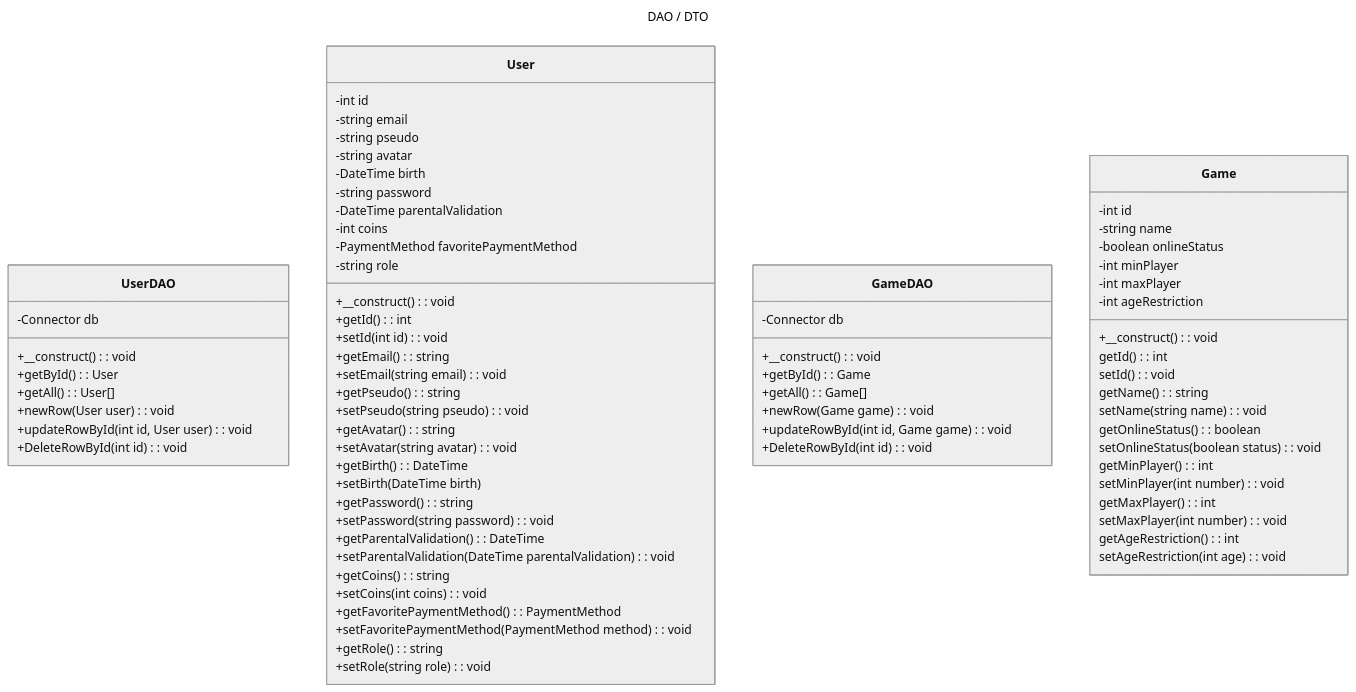
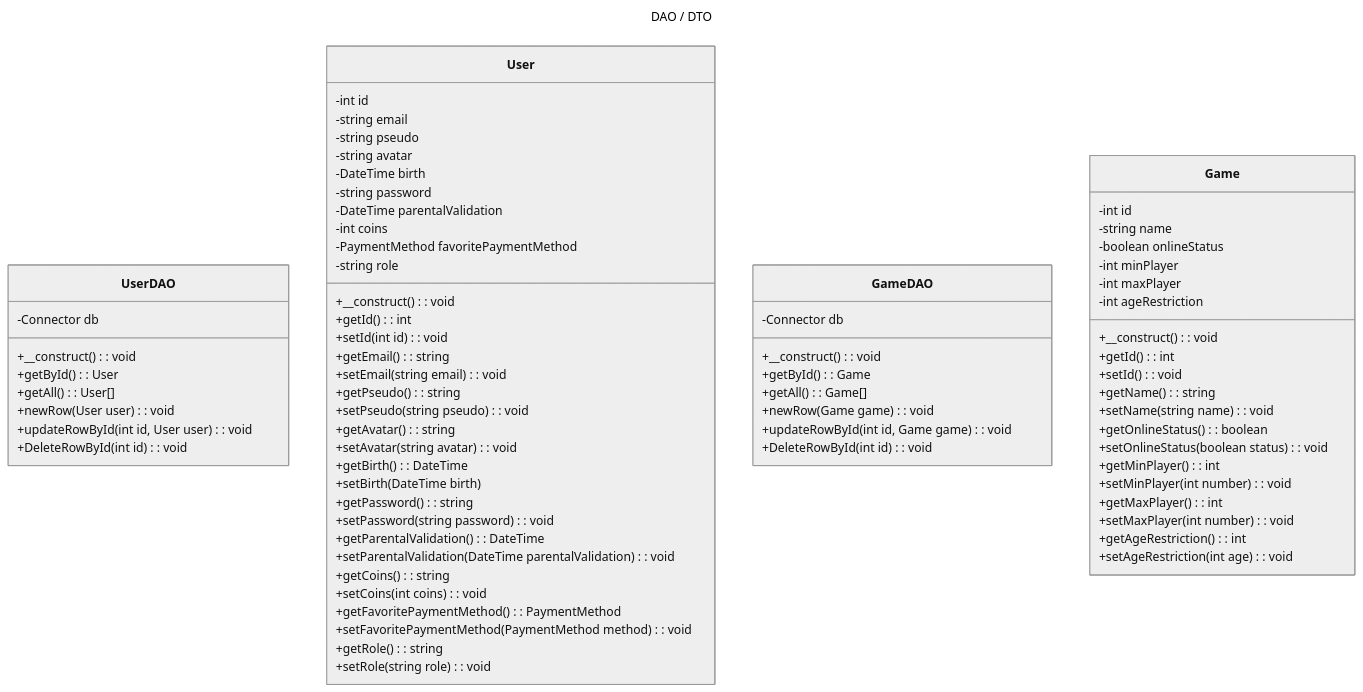
Before and after one commit to MalikAza/game-project: the second of 2 diagrams in README.md, drawn with Mermaid (neutral theme). The commit also changed 4 other files, not shown here.

````diff
--- a/README.md
+++ b/README.md
@@ -83,17 +83,17 @@
 
     +__construct(): void
 
-    getId(): int
-    setId(): void
-    getName(): string
-    setName(string name): void
-    getOnlineStatus(): boolean
-    setOnlineStatus(boolean status): void
-    getMinPlayer(): int
-    setMinPlayer(int number): void
-    getMaxPlayer(): int
-    setMaxPlayer(int number): void
-    getAgeRestriction(): int
-    setAgeRestriction(int age): void
+    +getId(): int
+    +setId(): void
+    +getName(): string
+    +setName(string name): void
+    +getOnlineStatus(): boolean
+    +setOnlineStatus(boolean status): void
+    +getMinPlayer(): int
+    +setMinPlayer(int number): void
+    +getMaxPlayer(): int
+    +setMaxPlayer(int number): void
+    +getAgeRestriction(): int
+    +setAgeRestriction(int age): void
 }
 ```
````
